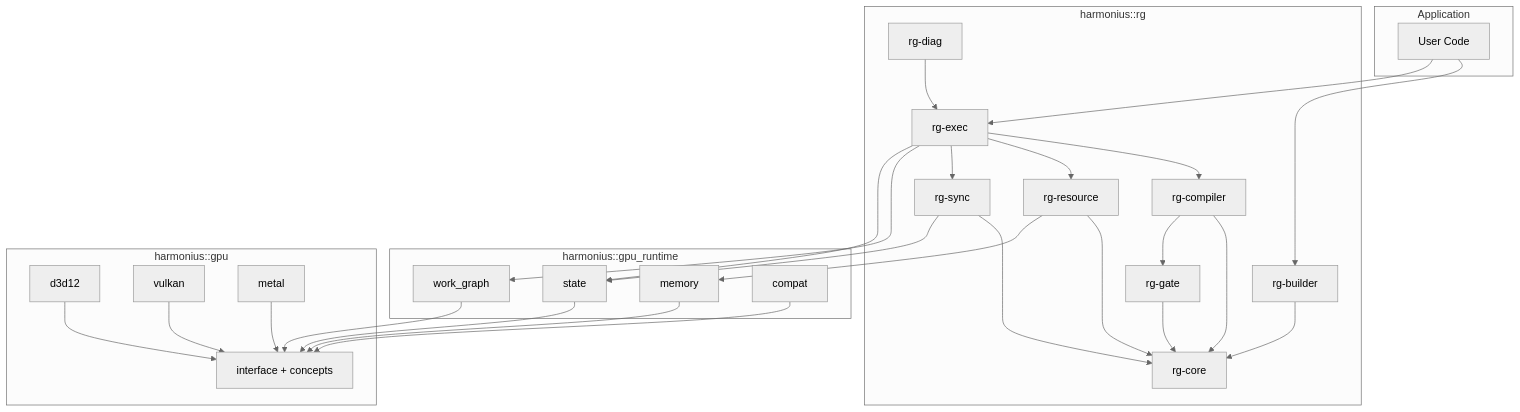
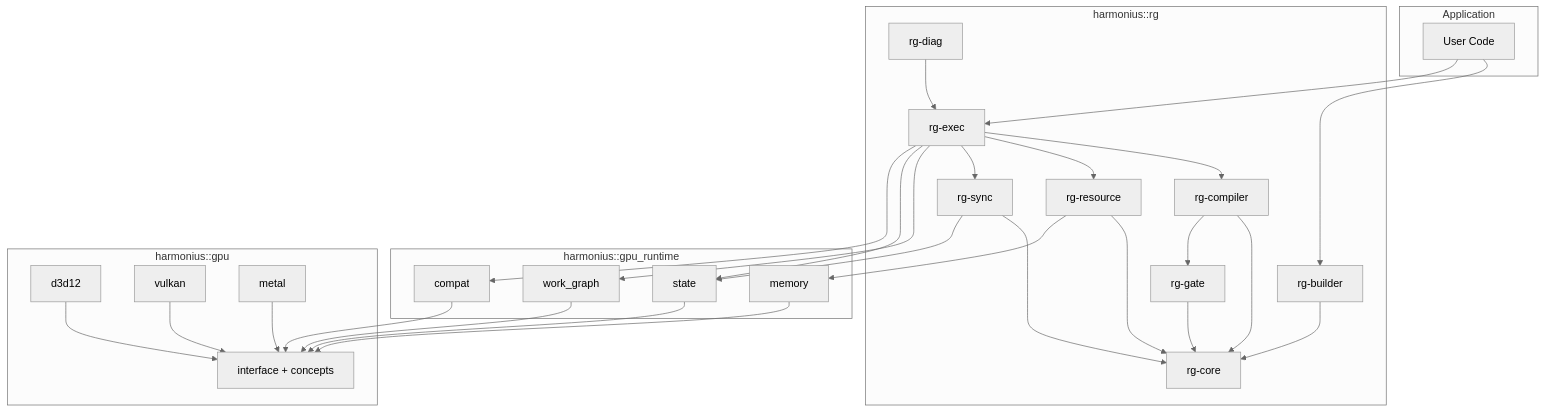
Diagram 11 of 11 in docs/design/gpu-runtime-classes.md (harmonius-dev/harmonius), drawn with Mermaid (neutral theme) before and after one commit. The commit also changed other lines of this file and 4 other files, not shown here.

First line of the commit message:
Add work graph and RT pipeline emulation requirements and design

````diff
--- a/docs/design/gpu-runtime-classes.md
+++ b/docs/design/gpu-runtime-classes.md
@@ -541,58 +616,59 @@
 ```mermaid
 flowchart TD
     subgraph app["Application"]
         A["User Code"]
     end
 
     subgraph rg["harmonius::rg"]
         rg_core["rg-core"]
         rg_builder["rg-builder"]
         rg_compiler["rg-compiler"]
         rg_resource["rg-resource"]
         rg_sync["rg-sync"]
         rg_gate["rg-gate"]
         rg_exec["rg-exec"]
         rg_diag["rg-diag"]
     end
 
     subgraph gprt["harmonius::gpu_runtime"]
         gprt_mem["memory"]
         gprt_state["state"]
         gprt_wg["work_graph"]
         gprt_compat["compat"]
     end
 
     subgraph gpu["harmonius::gpu"]
         gpu_iface["interface + concepts"]
         gpu_d3d12["d3d12"]
         gpu_vulkan["vulkan"]
         gpu_metal["metal"]
     end
 
     A --> rg_builder
     A --> rg_exec
 
     rg_builder --> rg_core
     rg_compiler --> rg_core
     rg_compiler --> rg_gate
     rg_resource --> rg_core
     rg_resource --> gprt_mem
     rg_sync --> rg_core
     rg_sync --> gprt_state
     rg_gate --> rg_core
     rg_exec --> rg_compiler
     rg_exec --> rg_resource
     rg_exec --> rg_sync
     rg_exec --> gprt_wg
     rg_exec --> gprt_state
+    rg_exec --> gprt_compat
     rg_diag --> rg_exec
 
     gprt_mem --> gpu_iface
     gprt_state --> gpu_iface
     gprt_wg --> gpu_iface
     gprt_compat --> gpu_iface
 
     gpu_d3d12 --> gpu_iface
     gpu_vulkan --> gpu_iface
     gpu_metal --> gpu_iface
 ```
````
